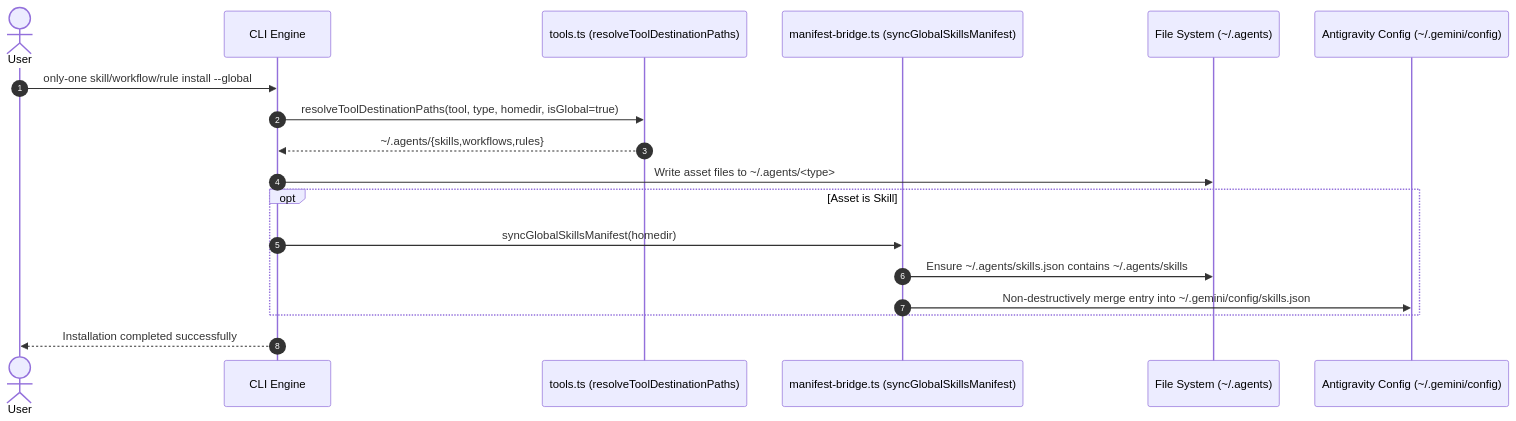
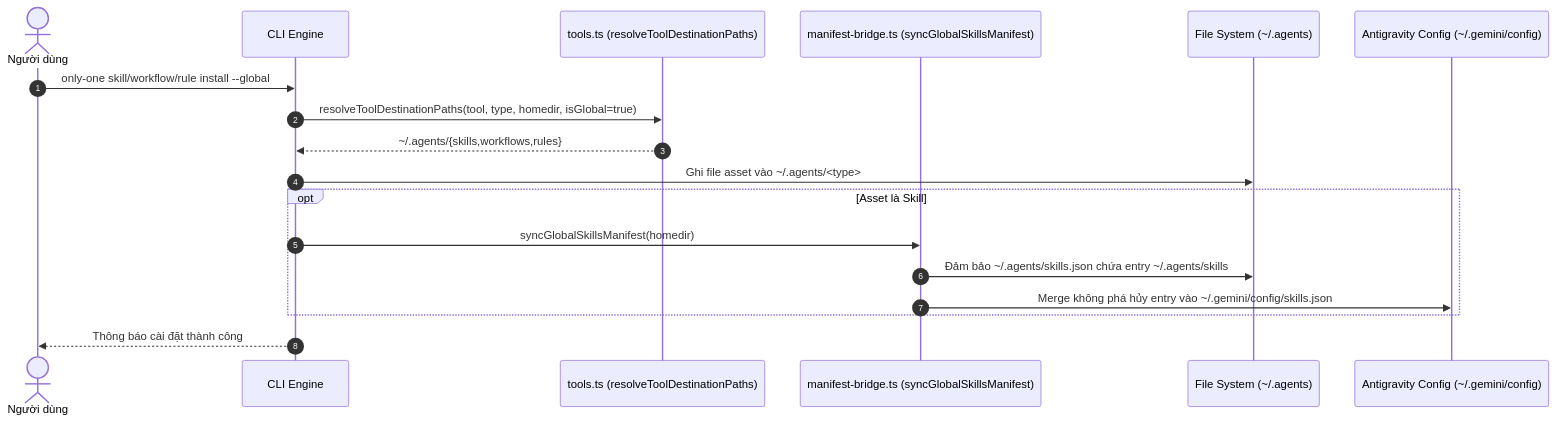
The diagram in only-one/tasks/unified-global-agents-standard/plan.md (Personal-Source-SP/only-one-cli), drawn with Mermaid before and after one commit. The commit also changed other lines of this file and 50 other files, not shown here.

Commit message:
refactor: unify global agents directory to .agents and add skill manifest bridge

````diff
--- a/only-one/tasks/unified-global-agents-standard/plan.md
+++ b/only-one/tasks/unified-global-agents-standard/plan.md
@@ -39,21 +39,21 @@
 ```mermaid
 sequenceDiagram
     autonumber
-    actor User
+    actor User as Người dùng
     participant CLI as CLI Engine
     participant Tools as tools.ts (resolveToolDestinationPaths)
     participant Bridge as manifest-bridge.ts (syncGlobalSkillsManifest)
     participant Disk as File System (~/.agents)
     participant Gemini as Antigravity Config (~/.gemini/config)
 
     User->>CLI: only-one skill/workflow/rule install --global
     CLI->>Tools: resolveToolDestinationPaths(tool, type, homedir, isGlobal=true)
     Tools-->>CLI: ~/.agents/{skills,workflows,rules}
-    CLI->>Disk: Write asset files to ~/.agents/<type>
-    opt Asset is Skill
+    CLI->>Disk: Ghi file asset vào ~/.agents/<type>
+    opt Asset là Skill
         CLI->>Bridge: syncGlobalSkillsManifest(homedir)
-        Bridge->>Disk: Ensure ~/.agents/skills.json contains ~/.agents/skills
-        Bridge->>Gemini: Non-destructively merge entry into ~/.gemini/config/skills.json
+        Bridge->>Disk: Đảm bảo ~/.agents/skills.json chứa entry ~/.agents/skills
+        Bridge->>Gemini: Merge không phá hủy entry vào ~/.gemini/config/skills.json
     end
-    CLI-->>User: Installation completed successfully
+    CLI-->>User: Thông báo cài đặt thành công
 ```
````
